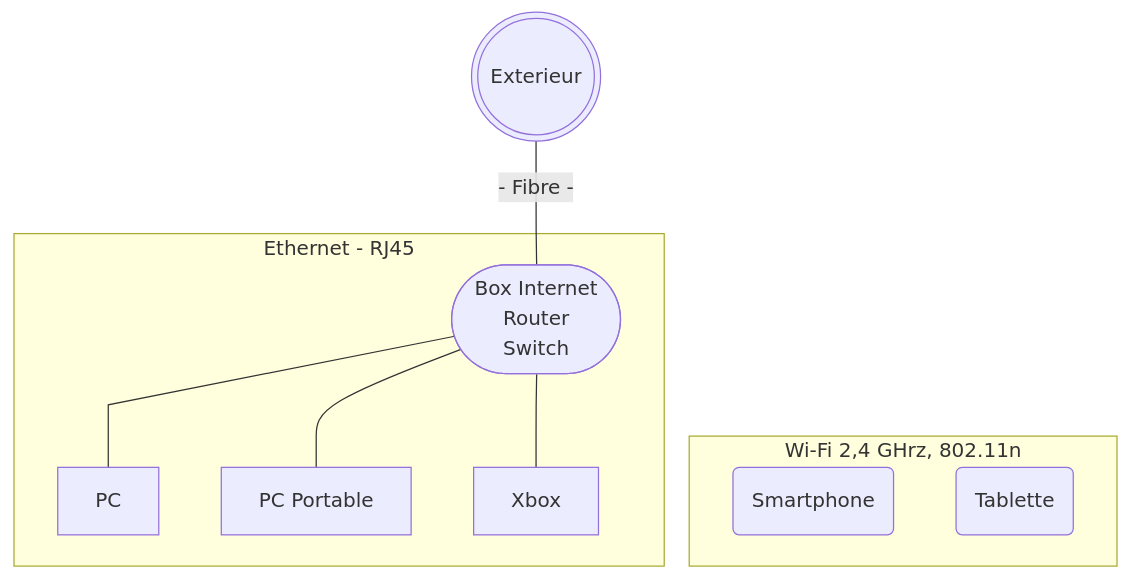
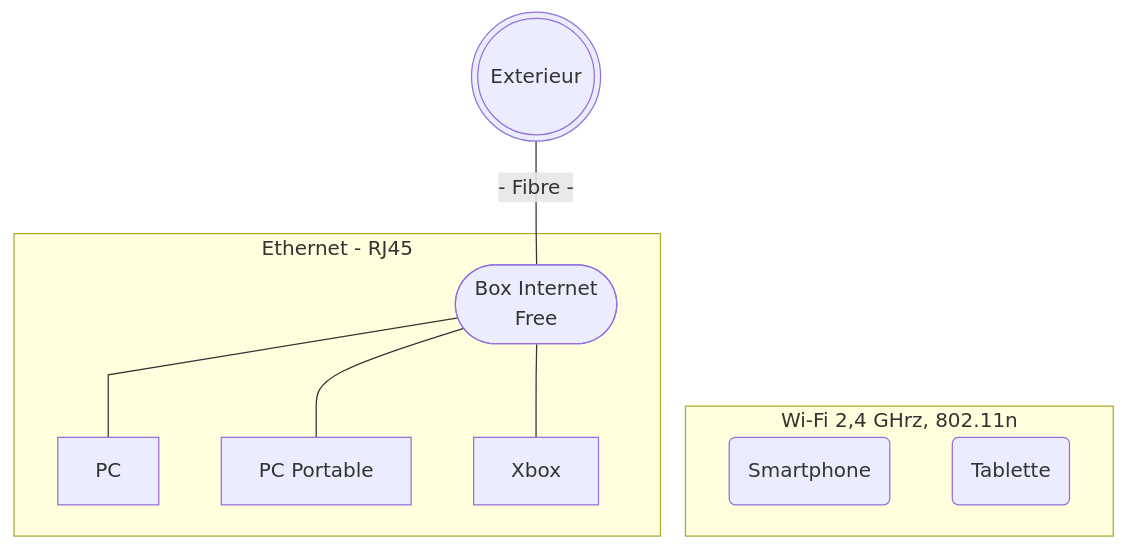
One commit to Ergeiz/Challenge-O-Clock changed the first of 2 diagrams in Challenge 08.md. Above: the diagram before and after it, drawn with Mermaid.

Commit message:
Update Challenge 08.md

````diff
--- a/Challenge 08.md
+++ b/Challenge 08.md
@@ -12,18 +12,17 @@
 ```mermaid
 flowchart TB
 id10(((Exterieur))) ---|- Fibre -| id1([Box Internet
-Router
-Switch
+Free
 ])
 subgraph "Ethernet - RJ45"
 id1 e1@--- id2[PC]
 id1 e1@--- id3[PC Portable]
 id1 e1@--- id4[Xbox]
 end
 subgraph "Wi-Fi 2,4 GHrz, 802.11n"
 id1 ~~~ id5(Smartphone)
 id1 ~~~ id6(Tablette)
 end
 e1@{ curve: linear }
 
 ```
````
